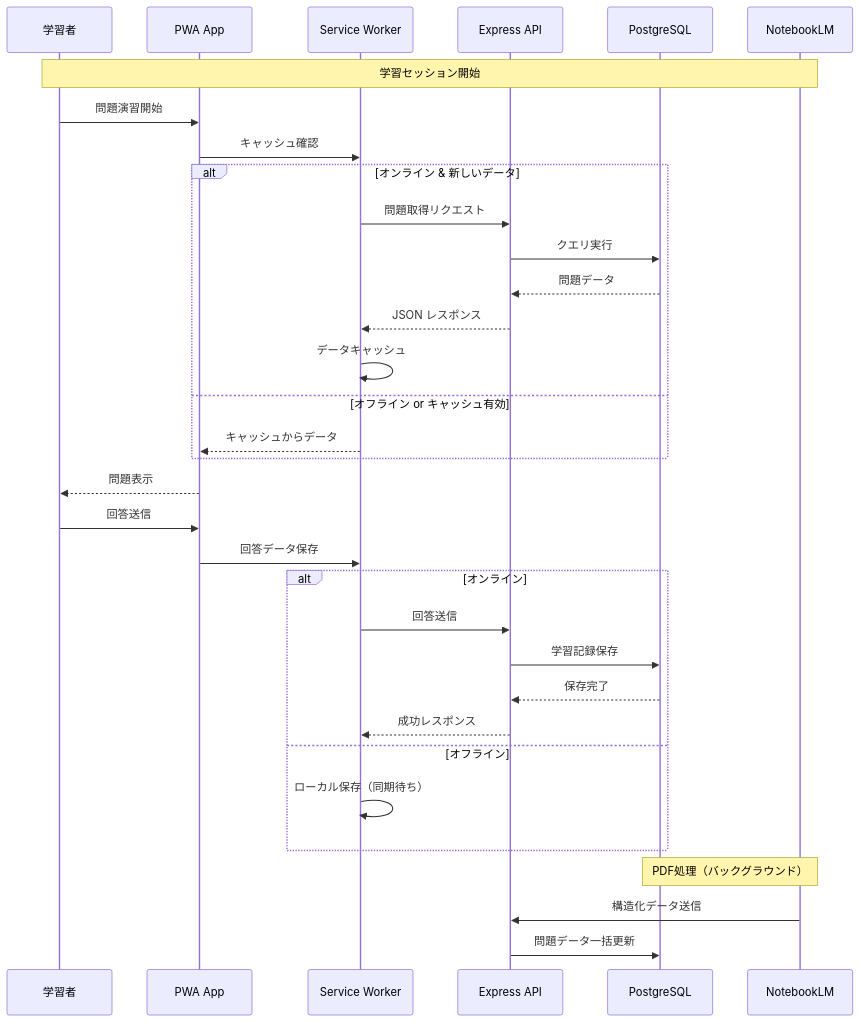
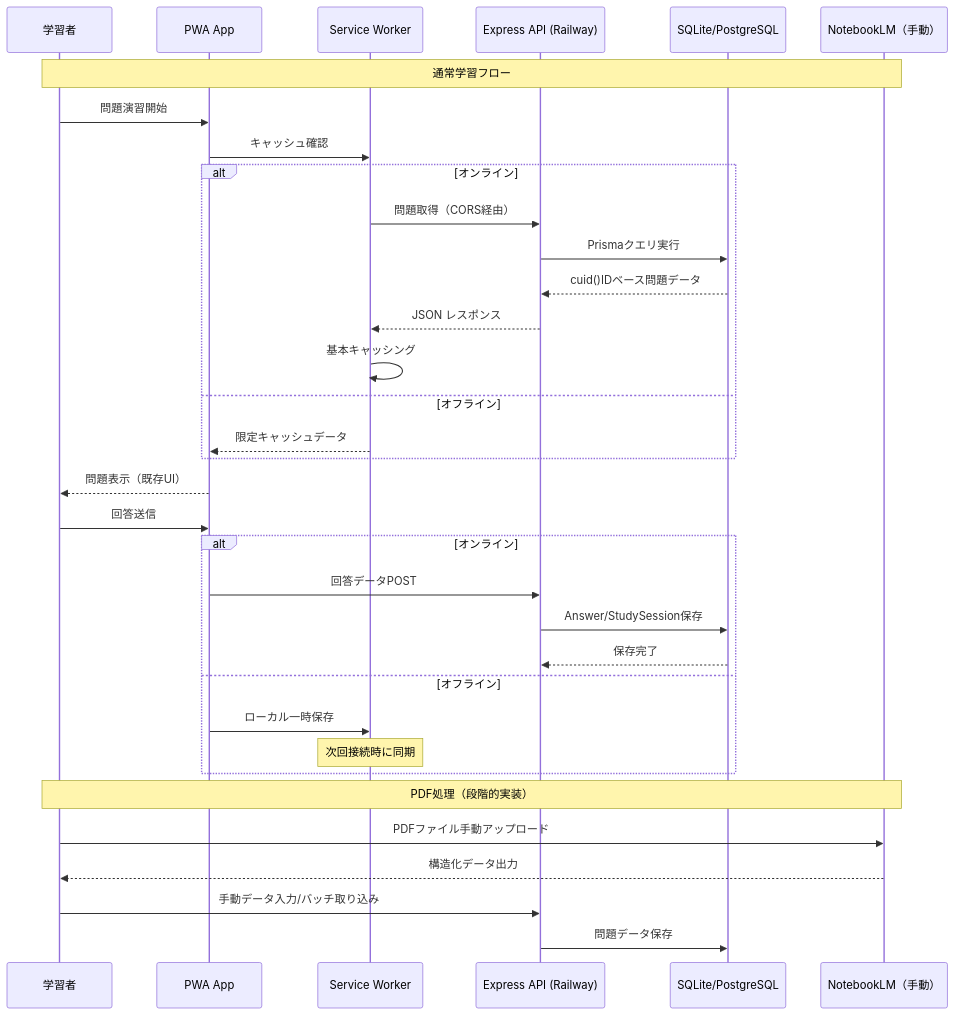
Before and after one commit to mitarashi077/ExamPreparationSystem: the second of 9 diagrams in docs/design/system-redesign-design.md, drawn with Mermaid. The commit also changed other lines of this file, not shown here.

````diff
--- a/docs/design/system-redesign-design.md
+++ b/docs/design/system-redesign-design.md
@@ -67,38 +81,39 @@
 ```mermaid
 sequenceDiagram
     participant User as 学習者
     participant PWA as PWA App
     participant SW as Service Worker
-    participant API as Express API
-    participant DB as PostgreSQL
-    participant NB as NotebookLM
+    participant API as Express API (Railway)
+    participant DB as SQLite/PostgreSQL
+    participant NB as NotebookLM（手動）
     
-    Note over User,NB: 学習セッション開始
+    Note over User,NB: 通常学習フロー
     User->>PWA: 問題演習開始
     PWA->>SW: キャッシュ確認
-    alt オンライン & 新しいデータ
-        SW->>API: 問題取得リクエスト
-        API->>DB: クエリ実行
-        DB-->>API: 問題データ
+    alt オンライン
+        SW->>API: 問題取得（CORS経由）
+        API->>DB: Prismaクエリ実行
+        DB-->>API: cuid()IDベース問題データ
         API-->>SW: JSON レスポンス
-        SW->>SW: データキャッシュ
-    else オフライン or キャッシュ有効
-        SW-->>PWA: キャッシュからデータ
+        SW->>SW: 基本キャッシング
+    else オフライン
+        SW-->>PWA: 限定キャッシュデータ
     end
-    PWA-->>User: 問題表示
+    PWA-->>User: 問題表示（既存UI）
     
     User->>PWA: 回答送信
-    PWA->>SW: 回答データ保存
     alt オンライン
-        SW->>API: 回答送信
-        API->>DB: 学習記録保存
+        PWA->>API: 回答データPOST
+        API->>DB: Answer/StudySession保存
         DB-->>API: 保存完了
-        API-->>SW: 成功レスポンス
     else オフライン
-        SW->>SW: ローカル保存（同期待ち）
+        PWA->>SW: ローカル一時保存
+        Note over SW: 次回接続時に同期
     end
     
-    Note over NB,DB: PDF処理（バックグラウンド）
-    NB->>API: 構造化データ送信
-    API->>DB: 問題データ一括更新
+    Note over User,NB: PDF処理（段階的実装）
+    User->>NB: PDFファイル手動アップロード
+    NB-->>User: 構造化データ出力
+    User->>API: 手動データ入力/バッチ取り込み
+    API->>DB: 問題データ保存
 ```
````
